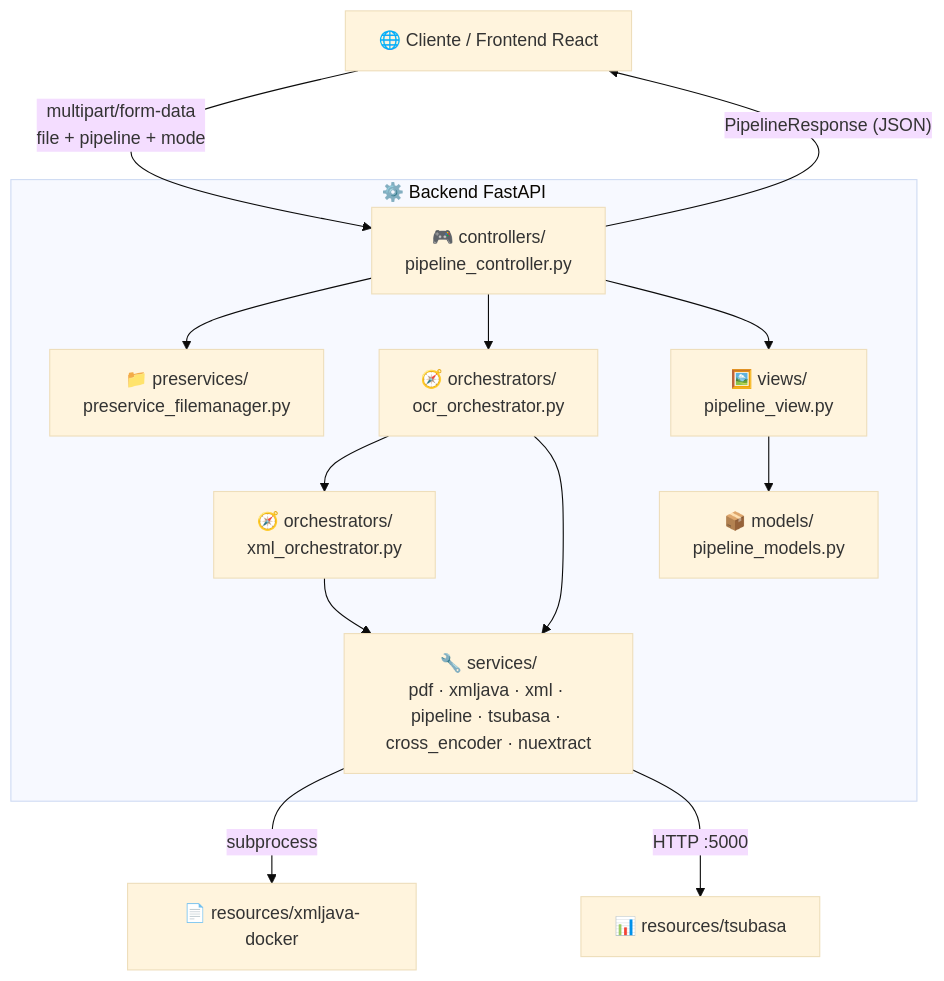
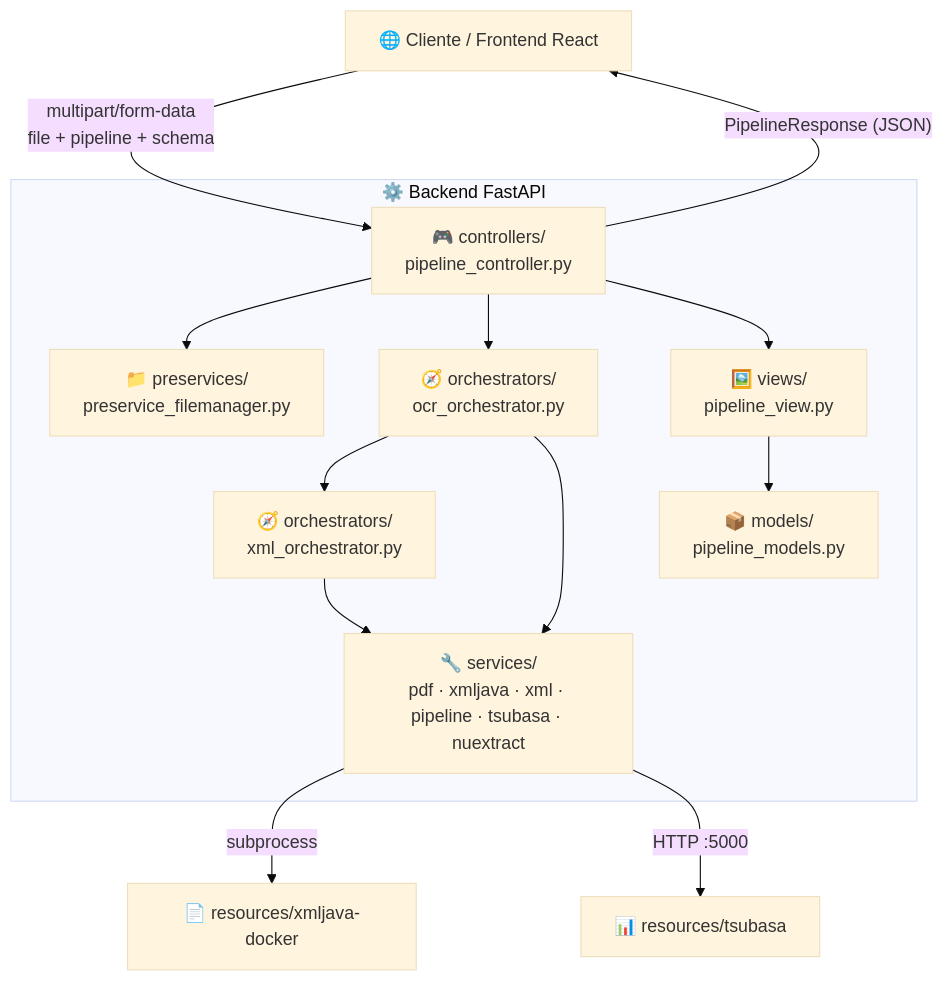
The first of 2 diagrams in README.md (Edahi98/ByteRevParser), drawn with Mermaid (base theme) before and after one commit. The commit also changed other lines of this file and 1 other file, not shown here.

First line of the commit message:
docs: update README and architecture for the schema-only pipeline

````diff
--- a/README.md
+++ b/README.md
@@ -24,26 +24,26 @@
 ```mermaid
 graph TD
-    Client["🌐 Cliente / Frontend React"] -->|"multipart/form-data<br/>file + pipeline + mode"| Controller
+    Client["🌐 Cliente / Frontend React"] -->|"multipart/form-data<br/>file + pipeline + schema"| Controller
 
     subgraph API["⚙️ Backend FastAPI"]
         Controller["🎮 controllers/<br/>pipeline_controller.py"]
         Preservice["📁 preservices/<br/>preservice_filemanager.py"]
         Orchestrator["🧭 orchestrators/<br/>ocr_orchestrator.py"]
         XmlOrch["🧭 orchestrators/<br/>xml_orchestrator.py"]
-        Services["🔧 services/<br/>pdf · xmljava · xml · pipeline · tsubasa · cross_encoder · nuextract"]
+        Services["🔧 services/<br/>pdf · xmljava · xml · pipeline · tsubasa · nuextract"]
         Model["📦 models/<br/>pipeline_models.py"]
         View["🖼️ views/<br/>pipeline_view.py"]
     end
 
     Controller --> Preservice
     Controller --> Orchestrator
     Orchestrator --> XmlOrch
     Orchestrator --> Services
     XmlOrch --> Services
     Controller --> View
     View --> Model
     Controller -->|"PipelineResponse (JSON)"| Client
 
     Services -->|"subprocess"| BinJava["📄 resources/xmljava-docker"]
     Services -->|"HTTP :5000"| BinTsubasa["📊 resources/tsubasa"]
 ```
````
